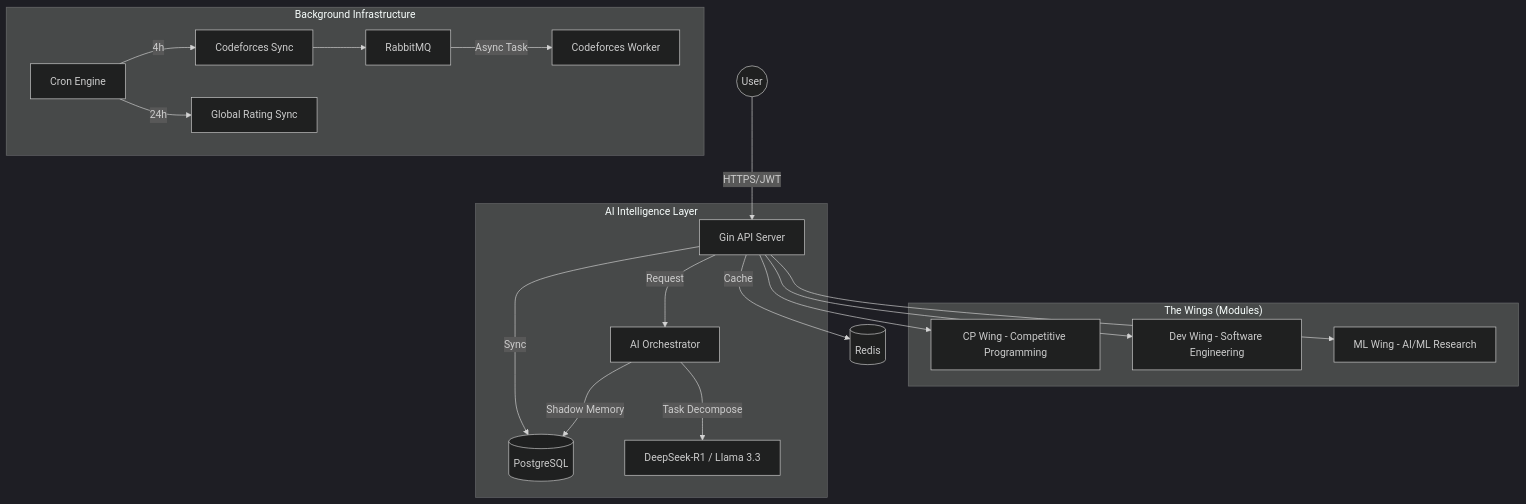
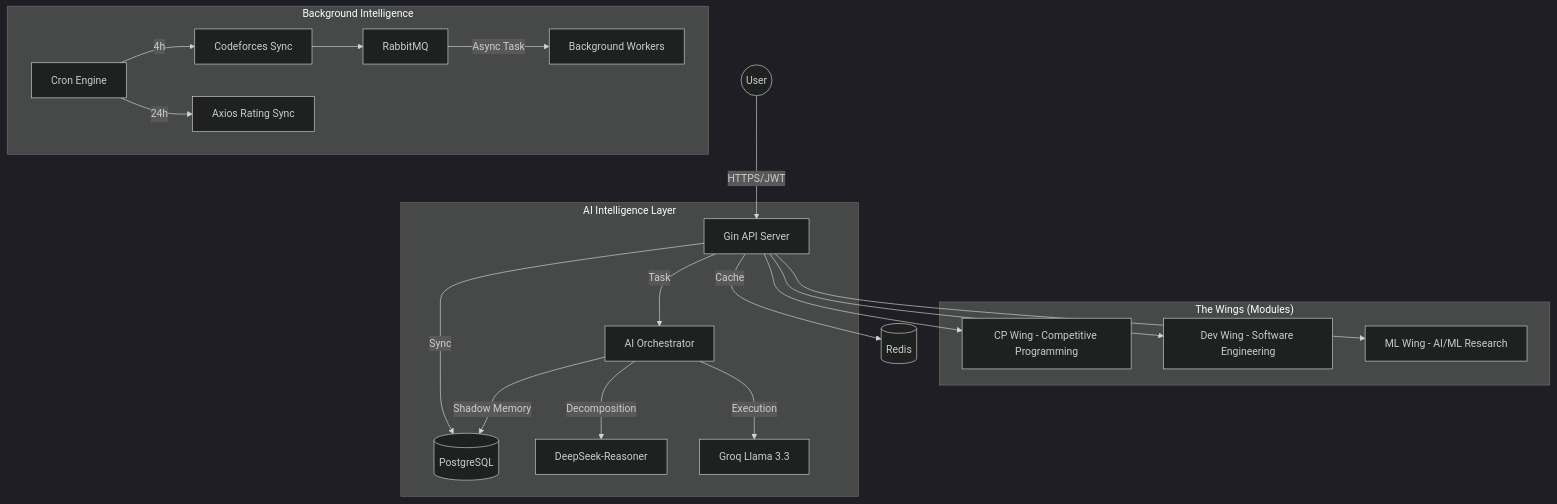
Before and after one commit to arhamxfarooqui/AXIOS-GO: the second of 4 diagrams in README.md, drawn with Mermaid (dark theme). The commit also changed other lines of this file and 2 other files, not shown here.

````diff
--- a/README.md
+++ b/README.md
@@ -12,29 +51,30 @@
 ```mermaid
 graph TD
-    User((User)) -->|HTTPS/JWT| LB[Gin API Server]
-    LB -->|Sync| DB[(PostgreSQL)]
-    LB -->|Cache| Cache[(Redis)]
+    User((User)) -->|HTTPS/JWT| Gin[Gin API Server]
+    Gin -->|Sync| DB[(PostgreSQL)]
+    Gin -->|Cache| Redis[(Redis)]
     
     subgraph "The Wings (Modules)"
         CP[CP Wing - Competitive Programming]
         Dev[Dev Wing - Software Engineering]
         ML[ML Wing - AI/ML Research]
     end
     
-    LB --> CP
-    LB --> Dev
-    LB --> ML
+    Gin --> CP
+    Gin --> Dev
+    Gin --> ML
 
-    subgraph "Background Infrastructure"
-        Cron[Cron Engine] -->|4h| CF_Fetch[Codeforces Sync]
-        Cron -->|24h| Global_Rank[Global Rating Sync]
-        RMQ[RabbitMQ] -->|Async Task| Worker[Codeforces Worker]
-        CF_Fetch --> RMQ
+    subgraph "Background Intelligence"
+        Cron[Cron Engine] -->|4h| CF_Sync[Codeforces Sync]
+        Cron -->|24h| Rating_Sync[Axios Rating Sync]
+        RMQ[RabbitMQ] -->|Async Task| Worker[Background Workers]
+        CF_Sync --> RMQ
     end
 
     subgraph "AI Intelligence Layer"
-        LB -->|Request| Orch[AI Orchestrator]
+        Gin -->|Task| Orch[AI Orchestrator]
         Orch -->|Shadow Memory| DB
-        Orch -->|Task Decompose| Models[DeepSeek-R1 / Llama 3.3]
+        Orch -->|Decomposition| DeepSeek[DeepSeek-Reasoner]
+        Orch -->|Execution| Groq[Groq Llama 3.3]
     end
 ```
````
